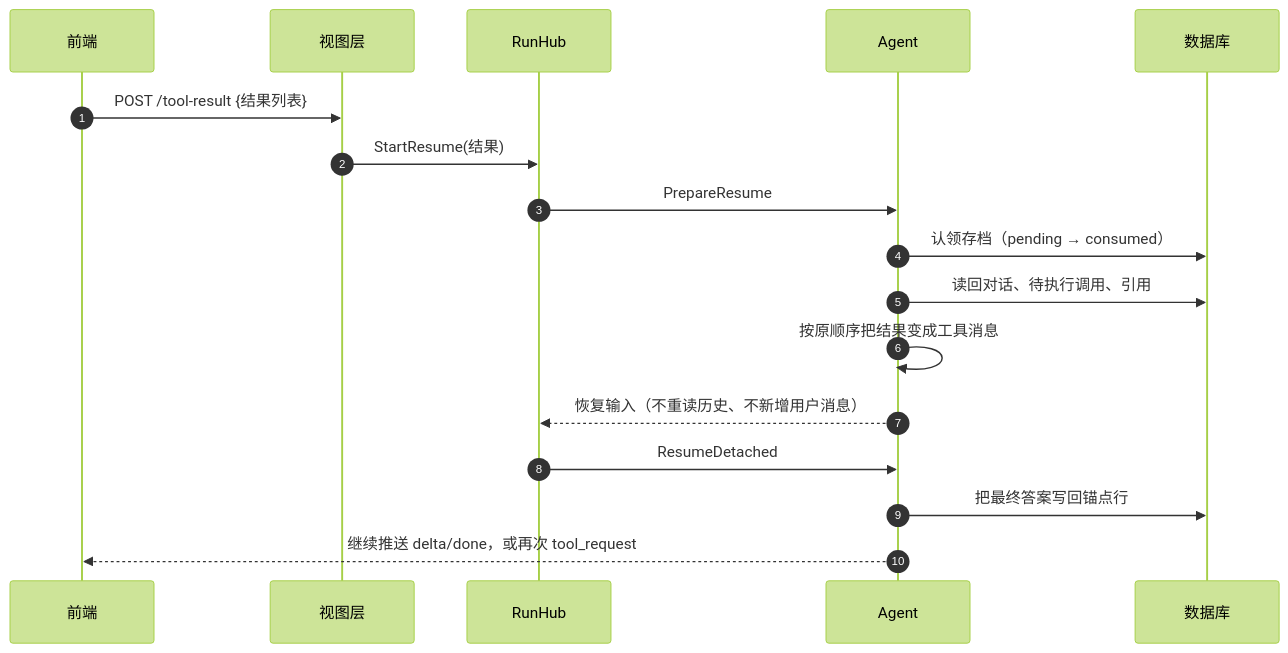
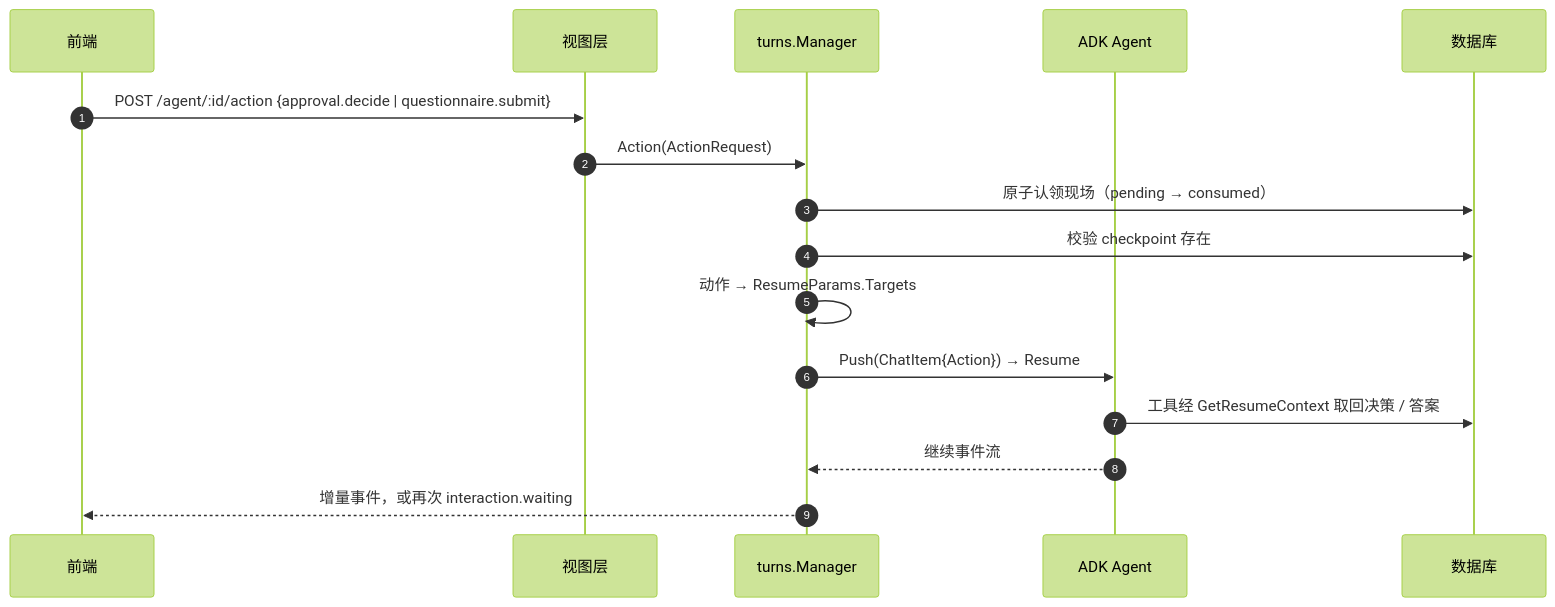
The fifth of 8 diagrams in docs/curated/explanation/agent-architecture.md (olinex/zhongkui), drawn with Mermaid (forest theme) before and after one commit. The commit also changed other lines of this file and 434 other files, not shown here.

````diff
--- a/docs/curated/explanation/agent-architecture.md
+++ b/docs/curated/explanation/agent-architecture.md
@@ -570,20 +573,19 @@
 ```mermaid
 sequenceDiagram
     autonumber
     participant FE as 前端
     participant V as 视图层
-    participant H as RunHub
-    participant A as Agent
+    participant T as turns.Manager
+    participant A as ADK Agent
     participant DB as 数据库
 
-    FE->>V: POST /tool-result {结果列表}
-    V->>H: StartResume(结果)
-    H->>A: PrepareResume
-    A->>DB: 认领存档（pending → consumed）
-    A->>DB: 读回对话、待执行调用、引用
-    A->>A: 按原顺序把结果变成工具消息
-    A-->>H: 恢复输入（不重读历史、不新增用户消息）
-    H->>A: ResumeDetached
-    A->>DB: 把最终答案写回锚点行
-    A-->>FE: 继续推送 delta/done，或再次 tool_request
+    FE->>V: POST /agent/:id/action {approval.decide | questionnaire.submit}
+    V->>T: Action(ActionRequest)
+    T->>DB: 原子认领现场（pending → consumed）
+    T->>DB: 校验 checkpoint 存在
+    T->>T: 动作 → ResumeParams.Targets
+    T->>A: Push(ChatItem{Action}) → Resume
+    A->>DB: 工具经 GetResumeContext 取回决策 / 答案
+    A-->>T: 继续事件流
+    T-->>FE: 增量事件，或再次 interaction.waiting
 ```
````
